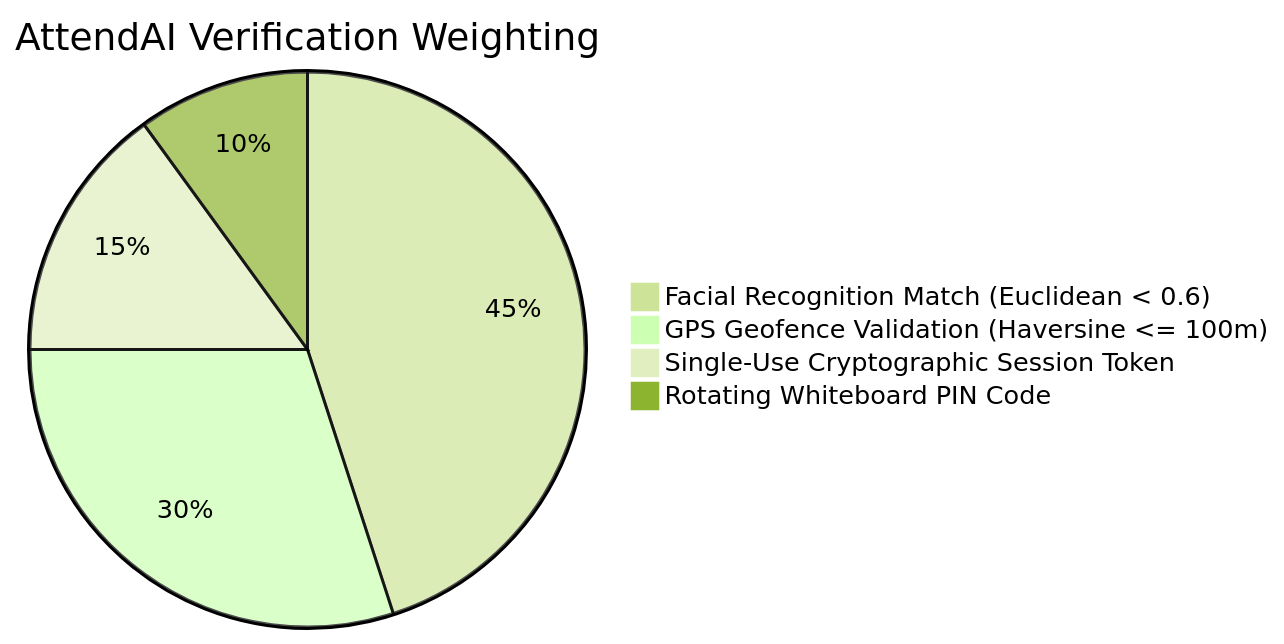
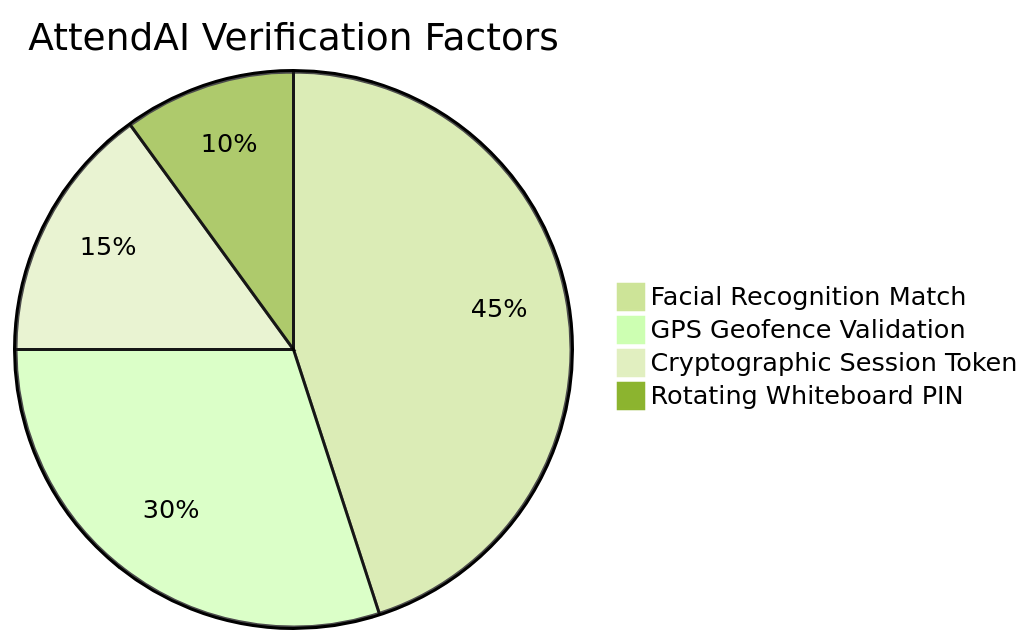
One commit to Abhiii8/AttendAi changed the fourth of 5 diagrams in README.md. Above: the diagram before and after it, drawn with Mermaid (forest theme). The commit also changed other lines of this file, not shown here.

Commit message:
fix(docs): resolve Mermaid Gantt chart date format and sanitize diagram labels

````diff
--- a/README.md
+++ b/README.md
@@ -185,7 +185,7 @@
 ```mermaid
-pie title AttendAI Verification Weighting
-    "Facial Recognition Match (Euclidean < 0.6)" : 45
-    "GPS Geofence Validation (Haversine <= 100m)" : 30
-    "Single-Use Cryptographic Session Token" : 15
-    "Rotating Whiteboard PIN Code" : 10
+pie title AttendAI Verification Factors
+    "Facial Recognition Match" : 45
+    "GPS Geofence Validation" : 30
+    "Cryptographic Session Token" : 15
+    "Rotating Whiteboard PIN" : 10
 ```
````
